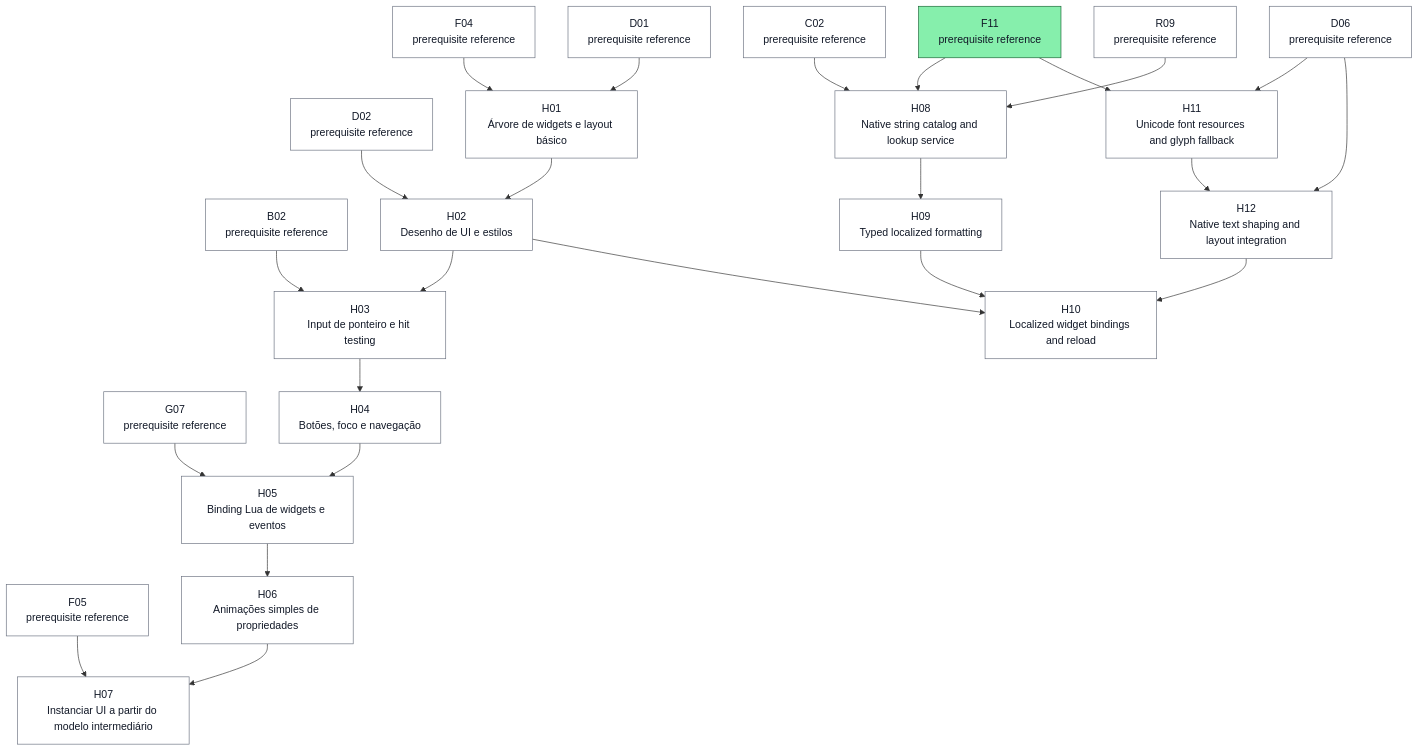
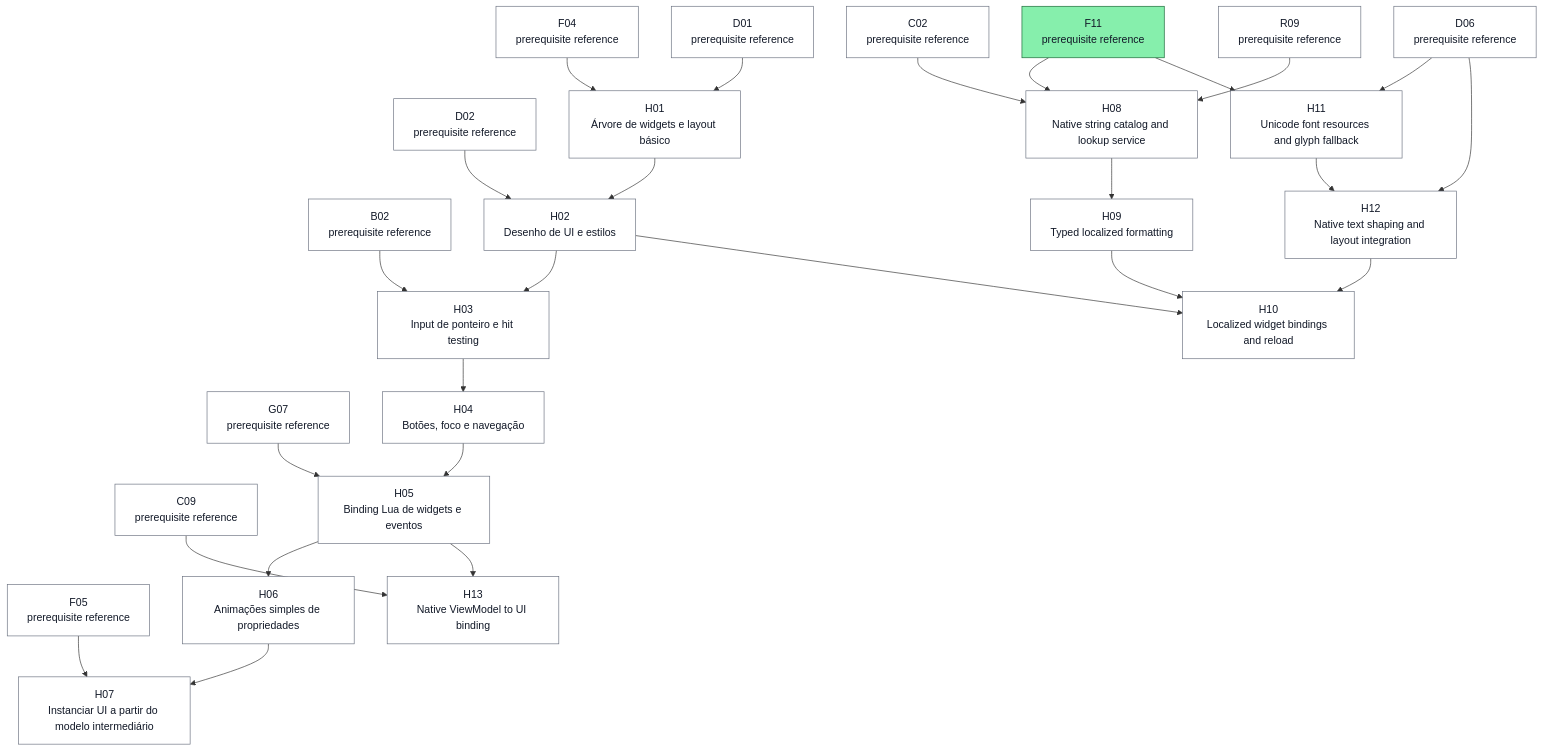
The ninth of 28 diagrams in docs/task-dependencies.md (ocarizr/spaceraiders), drawn with Mermaid before and after one commit. The commit also changed other lines of this file and 9 other files, not shown here.

````diff
--- a/docs/task-dependencies.md
+++ b/docs/task-dependencies.md
@@ -448,51 +499,55 @@
 ```mermaid
 flowchart TD
     ref_H_B02["B02<br/>prerequisite reference"]:::pending
     ref_H_C02["C02<br/>prerequisite reference"]:::pending
+    ref_H_C09["C09<br/>prerequisite reference"]:::pending
     ref_H_D01["D01<br/>prerequisite reference"]:::pending
     ref_H_D02["D02<br/>prerequisite reference"]:::pending
     ref_H_D06["D06<br/>prerequisite reference"]:::pending
     ref_H_F04["F04<br/>prerequisite reference"]:::pending
     ref_H_F05["F05<br/>prerequisite reference"]:::pending
     ref_H_F11["F11<br/>prerequisite reference"]:::ready
     ref_H_G07["G07<br/>prerequisite reference"]:::pending
     ref_H_R09["R09<br/>prerequisite reference"]:::pending
     H01["H01<br/>Árvore de widgets e layout básico"]:::pending
     H02["H02<br/>Desenho de UI e estilos"]:::pending
     H03["H03<br/>Input de ponteiro e hit testing"]:::pending
     H04["H04<br/>Botões, foco e navegação"]:::pending
     H05["H05<br/>Binding Lua de widgets e eventos"]:::pending
     H06["H06<br/>Animações simples de propriedades"]:::pending
     H07["H07<br/>Instanciar UI a partir do modelo intermediário"]:::pending
     H08["H08<br/>Native string catalog and lookup service"]:::pending
     H09["H09<br/>Typed localized formatting"]:::pending
     H10["H10<br/>Localized widget bindings and reload"]:::pending
     H11["H11<br/>Unicode font resources and glyph fallback"]:::pending
     H12["H12<br/>Native text shaping and layout integration"]:::pending
+    H13["H13<br/>Native ViewModel to UI binding"]:::pending
     ref_H_F04 --> H01
     ref_H_D01 --> H01
     H01 --> H02
     ref_H_D02 --> H02
     H02 --> H03
     ref_H_B02 --> H03
     H03 --> H04
     H04 --> H05
     ref_H_G07 --> H05
     H05 --> H06
     H06 --> H07
     ref_H_F05 --> H07
     ref_H_F11 --> H08
     ref_H_C02 --> H08
     ref_H_R09 --> H08
     H08 --> H09
     H09 --> H10
     H12 --> H10
     H02 --> H10
     ref_H_F11 --> H11
     ref_H_D06 --> H11
     H11 --> H12
     ref_H_D06 --> H12
+    H05 --> H13
+    ref_H_C09 --> H13
     classDef pending fill:#ffffff,stroke:#6b7280,color:#111827
     classDef ready fill:#86efac,stroke:#166534,color:#111827
     classDef done fill:#f87171,stroke:#991b1b,color:#111827
 ```
````
